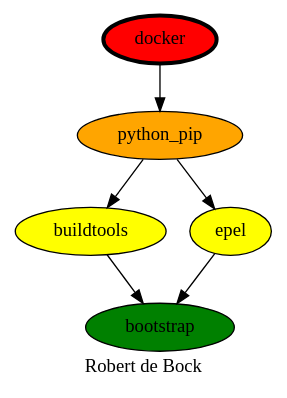
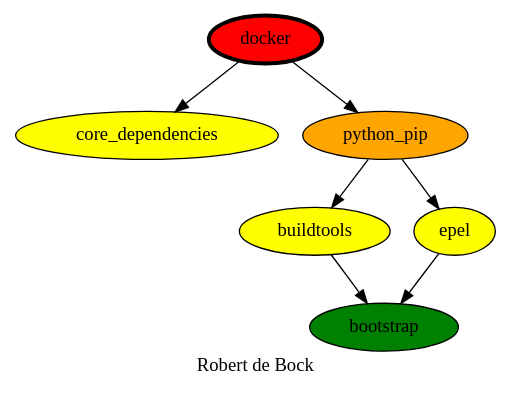
Before and after one commit to robertdebock/drawings: the diagram in docker.dot, drawn with Graphviz. The commit also changed 2 other files, not shown here.

Commit message:
Add core_dependencies

```diff
--- a/docker.dot
+++ b/docker.dot
@@ -1,14 +1,15 @@
 digraph PhiloDilemma {
   label = "Robert de Bock" ;
   overlap=false
   {
     bootstrap [fillcolor=green style=filled]
+    core_dependencies [fillcolor=yellow style=filled]
     buildtools [fillcolor=yellow style=filled]
     epel [fillcolor=yellow style=filled]
     "python_pip" [fillcolor=orange style=filled]
     docker [fillcolor=red style=filled penwidth=3]
   }
-  docker -> "python_pip"
+  docker -> {"python_pip" core_dependencies}
   "python_pip" -> {buildtools epel}
   {buildtools epel} -> bootstrap
 }
```
